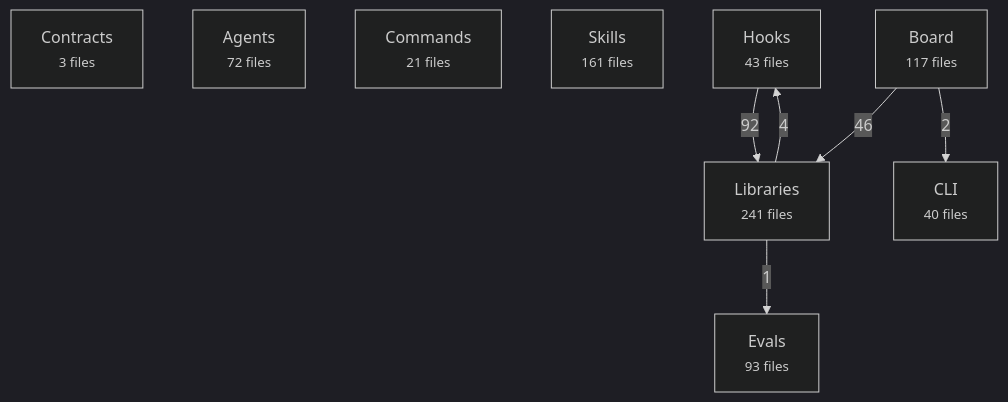
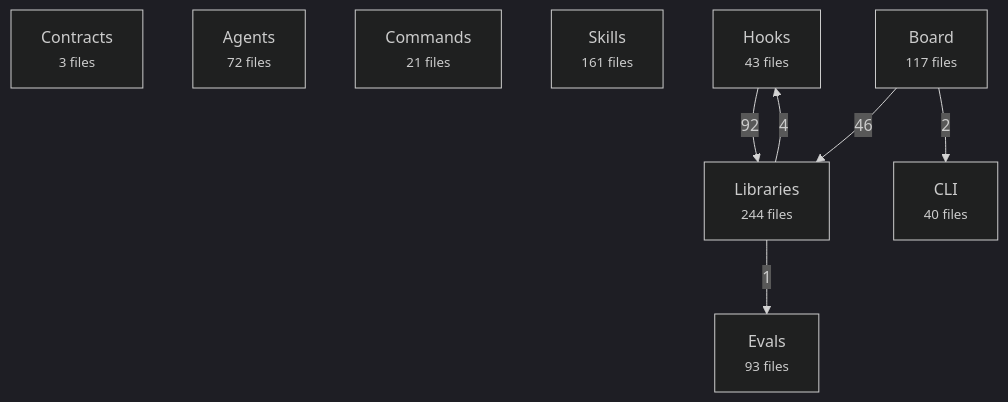
The first of 2 diagrams in docs/reference/architecture-map.md (avelikiy/great_cto), drawn with Mermaid (dark theme) before and after one commit. The commit also changed other lines of this file and 33 other files, not shown here.

````diff
--- a/docs/reference/architecture-map.md
+++ b/docs/reference/architecture-map.md
@@ -20,17 +20,17 @@
 ```mermaid
 flowchart TD
   contracts["Contracts<br/><small>3 files</small>"]
   agents["Agents<br/><small>72 files</small>"]
   commands["Commands<br/><small>21 files</small>"]
   skills["Skills<br/><small>161 files</small>"]
   hooks["Hooks<br/><small>43 files</small>"]
-  libs["Libraries<br/><small>241 files</small>"]
+  libs["Libraries<br/><small>244 files</small>"]
   board["Board<br/><small>117 files</small>"]
   cli["CLI<br/><small>40 files</small>"]
   evals["Evals<br/><small>93 files</small>"]
   hooks -->|92| libs
   board -->|46| libs
   libs -->|4| hooks
   board -->|2| cli
   libs -->|1| evals
 ```
````
